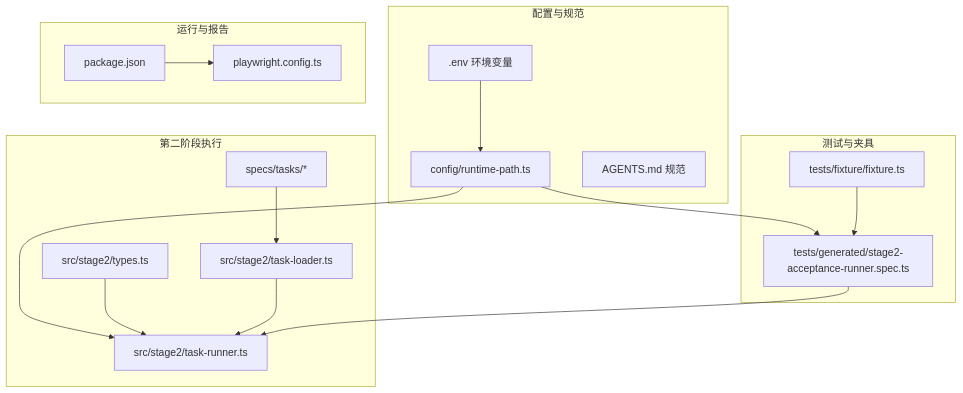
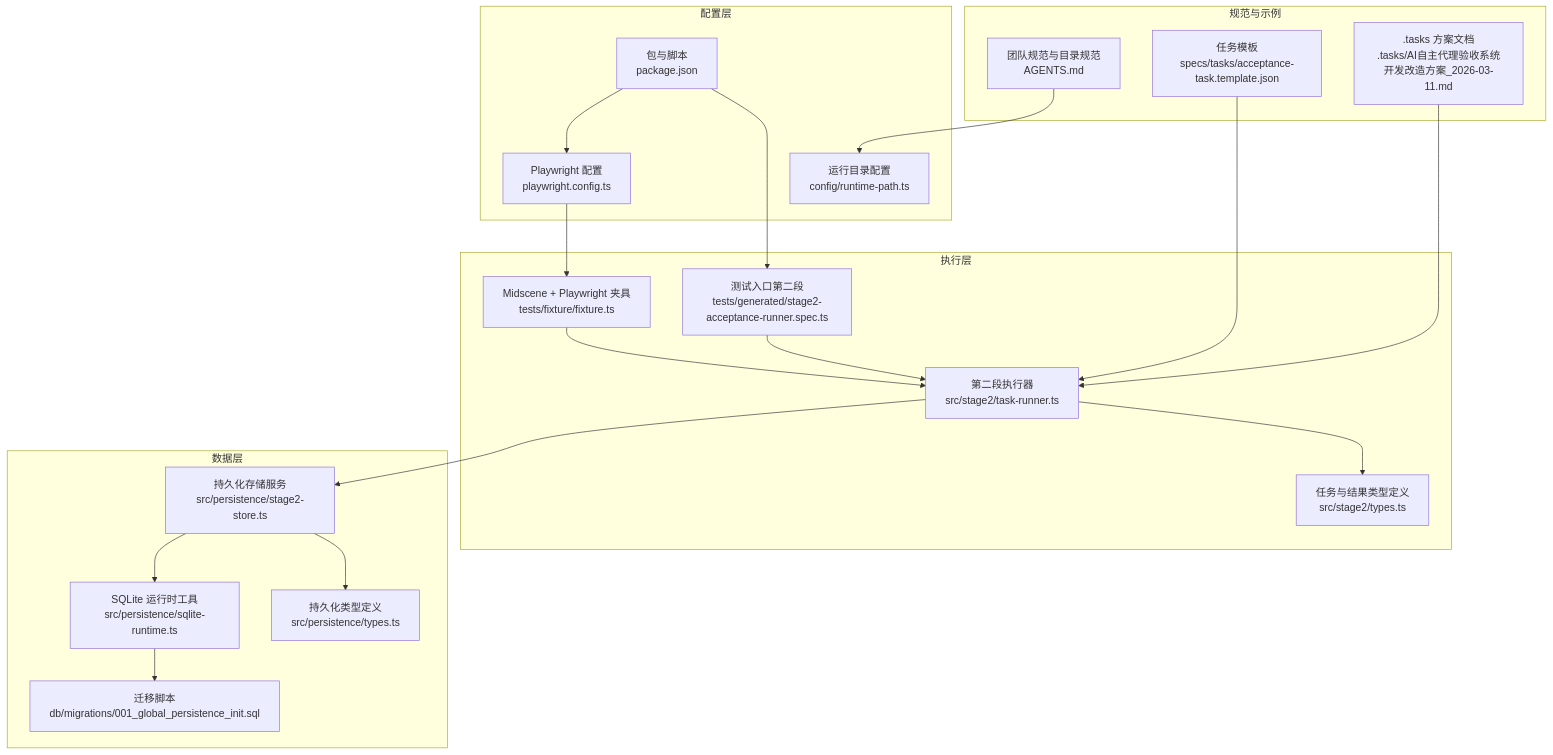
One commit to Jiane-EJ/playwright-mind changed the first of 6 diagrams in .qoder/repowiki/zh/content/项目概述.md. Above: the diagram before and after it, drawn with Mermaid. The commit also changed other lines of this file and 121 other files, not shown here.

````diff
--- a/.qoder/repowiki/zh/content/项目概述.md
+++ b/.qoder/repowiki/zh/content/项目概述.md
@@ -43,31 +50,38 @@
 ```mermaid
 graph TB
-subgraph "配置与规范"
-CFG["config/runtime-path.ts"]
-ENV[".env 环境变量"]
-AG["AGENTS.md 规范"]
+subgraph "配置层"
+RT["运行目录配置<br/>config/runtime-path.ts"]
+CFG["Playwright 配置<br/>playwright.config.ts"]
+PKG["包与脚本<br/>package.json"]
 end
-subgraph "第二阶段执行"
-TR["src/stage2/task-runner.ts"]
-TL["src/stage2/task-loader.ts"]
-TT["src/stage2/types.ts"]
-SPEC["specs/tasks/*"]
+subgraph "执行层"
+FIX["Midscene + Playwright 夹具<br/>tests/fixture/fixture.ts"]
+SPEC["测试入口第二段<br/>tests/generated/stage2-acceptance-runner.spec.ts"]
+RUNNER["第二段执行器<br/>src/stage2/task-runner.ts"]
+TYPES["任务与结果类型定义<br/>src/stage2/types.ts"]
 end
-subgraph "测试与夹具"
-TEST["tests/generated/stage2-acceptance-runner.spec.ts"]
-FIX["tests/fixture/fixture.ts"]
+subgraph "数据层"
+PERSIST["持久化存储服务<br/>src/persistence/stage2-store.ts"]
+SQLITE["SQLite 运行时工具<br/>src/persistence/sqlite-runtime.ts"]
+MIG["迁移脚本<br/>db/migrations/001_global_persistence_init.sql"]
+PTYPES["持久化类型定义<br/>src/persistence/types.ts"]
 end
-subgraph "运行与报告"
-PCFG["playwright.config.ts"]
-PKG["package.json"]
+subgraph "规范与示例"
+AG["团队规范与目录规范<br/>AGENTS.md"]
+TPL["任务模板<br/>specs/tasks/acceptance-task.template.json"]
+PLAN[".tasks 方案文档<br/>.tasks/AI自主代理验收系统开发改造方案_2026-03-11.md"]
 end
-ENV --> CFG
-CFG --> TR
-CFG --> TEST
-TT --> TR
-TL --> TR
-SPEC --> TL
-FIX --> TEST
-TEST --> TR
-PKG --> PCFG
+PKG --> CFG
+PKG --> SPEC
+CFG --> FIX
+FIX --> RUNNER
+SPEC --> RUNNER
+RUNNER --> PERSIST
+PERSIST --> SQLITE
+SQLITE --> MIG
+RUNNER --> TYPES
+PERSIST --> PTYPES
+AG --> RT
+TPL --> RUNNER
+PLAN --> RUNNER
 ```
````
